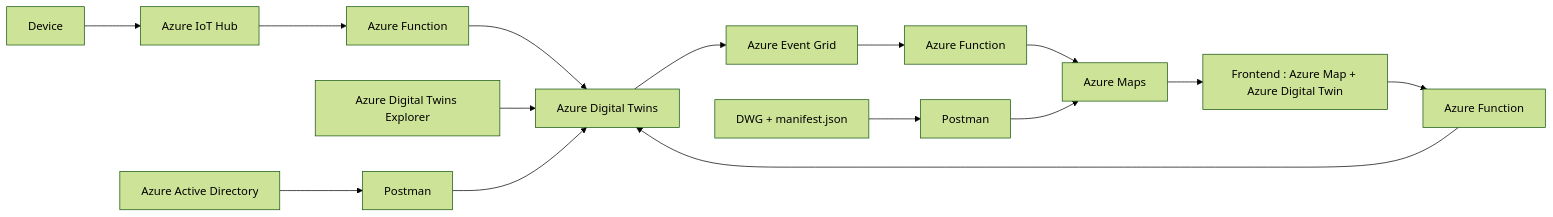
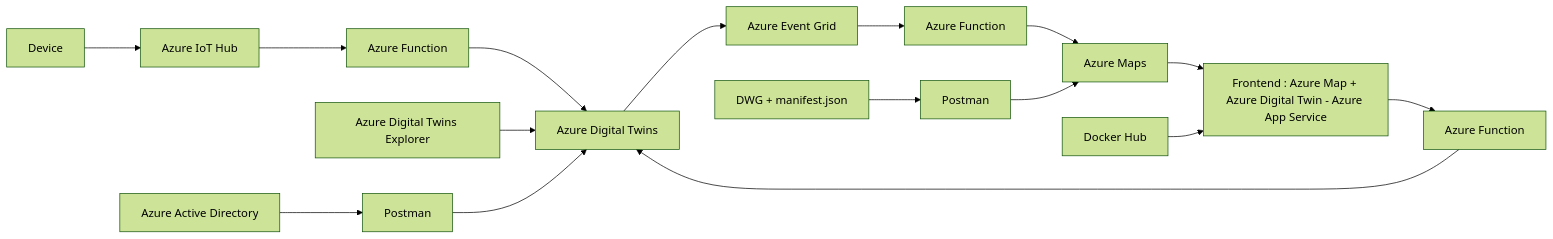
The diagram in README.md (ArcherHuang/Examples-of-Azure-Digital-Twins), drawn with Mermaid (forest theme) before and after one commit.

````diff
--- a/README.md
+++ b/README.md
@@ -20,13 +20,14 @@
 ```mermaid
 flowchart LR
   A[Device] --> B[Azure IoT Hub]
   B --> C[Azure Function]
   C --> D[Azure Digital Twins]
   D --> E[Azure Event Grid] --> L[Azure Function] --> F[Azure Maps]
-  G[Frontend : Azure Map + Azure Digital Twin] --> H[Azure Function]
+  G[Frontend : Azure Map + Azure Digital Twin - Azure App Service] --> H[Azure Function]
   H --> D
   I[Azure Digital Twins Explorer] --> D
   J[DWG + manifest.json] --> K[Postman]--> F
   F --> G
   N[Azure Active Directory] --> M[Postman] --> D
+  O[Docker Hub] --> G
 ```
````
